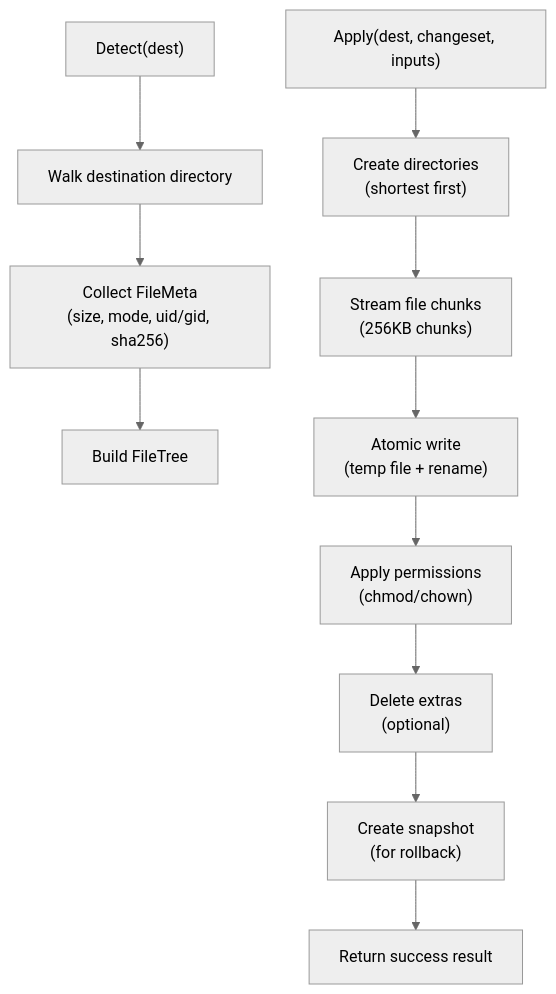
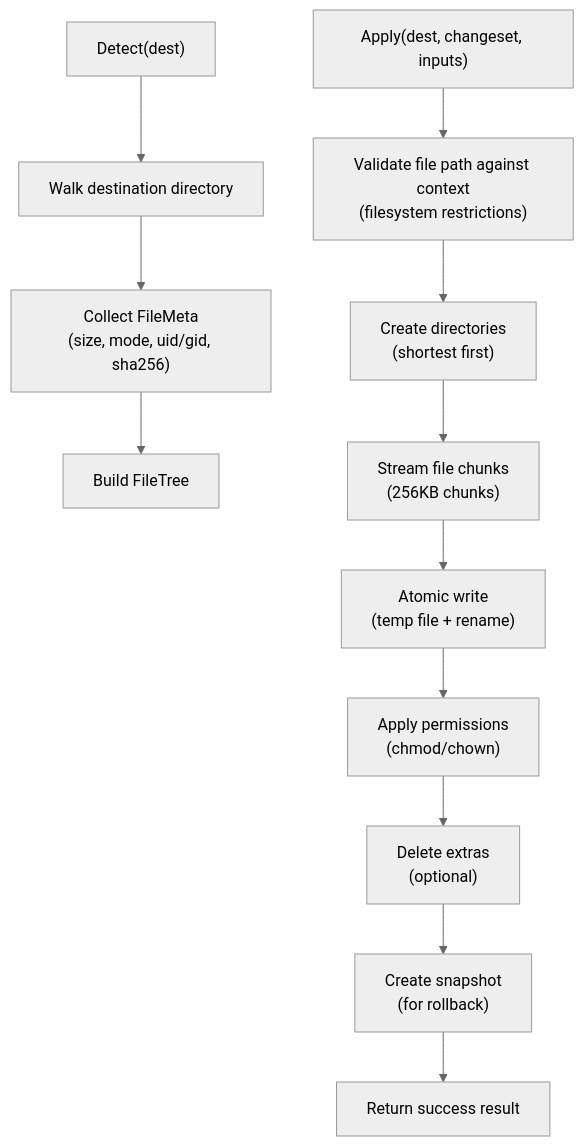
Before and after one commit to ahmednour1430464/dotdevops: the seventh of 8 diagrams in .qoder/repowiki/en/content/CLI Commands Reference/Agent Command.md, drawn with Mermaid (neutral theme). The commit also changed other lines of this file and 12 other files, not shown here.

````diff
--- a/.qoder/repowiki/en/content/CLI Commands Reference/Agent Command.md
+++ b/.qoder/repowiki/en/content/CLI Commands Reference/Agent Command.md
@@ -190,13 +273,14 @@
 ```mermaid
 flowchart TD
 DetectStart["Detect(dest)"] --> WalkDir["Walk destination directory"]
 WalkDir --> CollectMeta["Collect FileMeta<br/>(size, mode, uid/gid, sha256)"]
 CollectMeta --> BuildTree["Build FileTree"]
-ApplyStart["Apply(dest, changeset, inputs)"] --> CreateDirs["Create directories<br/>(shortest first)"]
+ApplyStart["Apply(dest, changeset, inputs)"] --> ValidatePath["Validate file path against context<br/>(filesystem restrictions)"]
+ValidatePath --> CreateDirs["Create directories<br/>(shortest first)"]
 CreateDirs --> StreamFiles["Stream file chunks<br/>(256KB chunks)"]
 StreamFiles --> AtomicWrite["Atomic write<br/>(temp file + rename)"]
 AtomicWrite --> ApplyPerms["Apply permissions<br/>(chmod/chown)"]
 ApplyPerms --> DeleteExtras["Delete extras<br/>(optional)"]
 DeleteExtras --> CreateSnapshot["Create snapshot<br/>(for rollback)"]
 CreateSnapshot --> Success["Return success result"]
 ```
````
